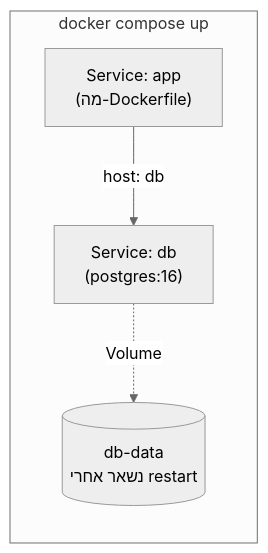
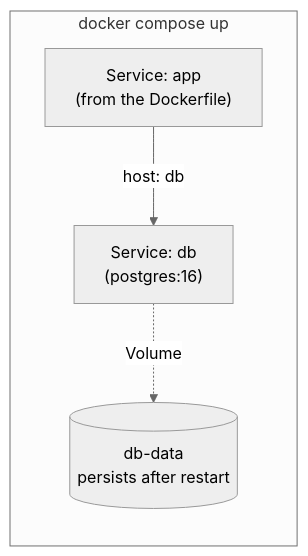
The diagram in content/docs/docker/56-docker-compose-content.md (neriyaMalachi/FullStack_kodkode_5), drawn with Mermaid (neutral theme) before and after one commit. The commit also changed other lines of this file and 117 other files, not shown here.

````diff
--- a/content/docs/docker/56-docker-compose-content.md
+++ b/content/docs/docker/56-docker-compose-content.md
@@ -56,12 +56,12 @@
 ```mermaid
 flowchart RL
     subgraph Compose["docker compose up"]
         App["Service: app
-        (מה-Dockerfile)"]
+        (from the Dockerfile)"]
         DB["Service: db
         (postgres:16)"]
         App -->|"host: db"| DB
         DB -.Volume.-> V[("db-data
-        נשאר אחרי restart")]
+        persists after restart")]
     end
 ```
````
